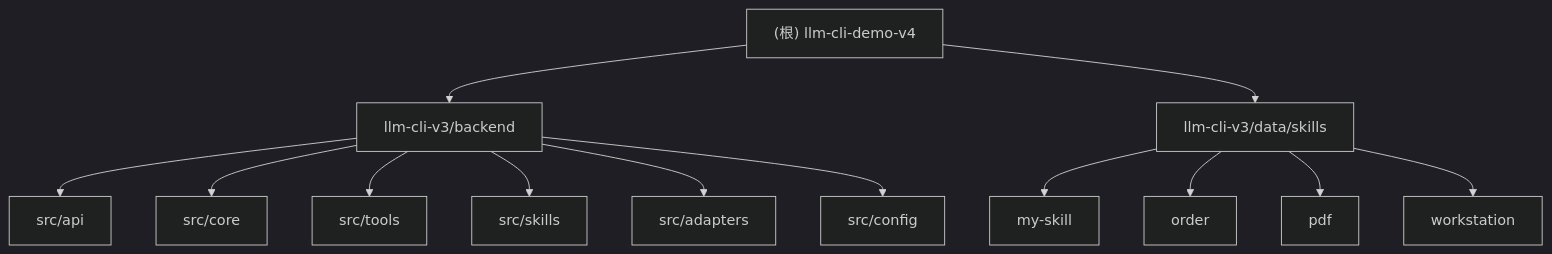
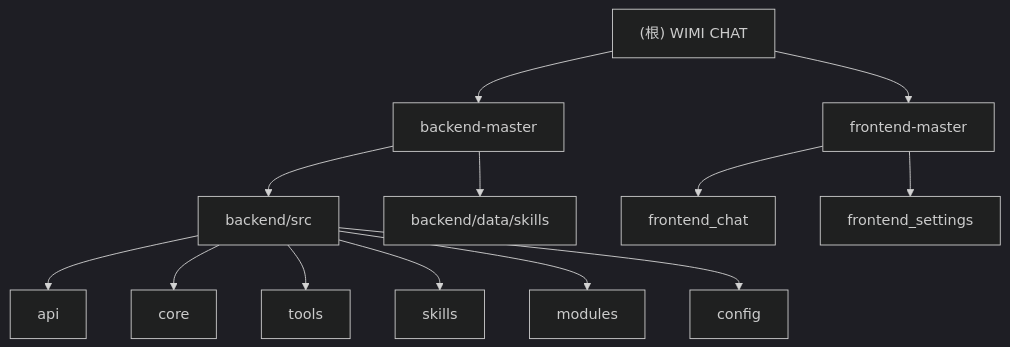
The diagram in CLAUDE.md (jobmailliang-dev/wmai-chat-root), drawn with Mermaid (dark theme) before and after one commit. The commit also changed other lines of this file and 4 other files, not shown here.

````diff
--- a/CLAUDE.md
+++ b/CLAUDE.md
@@ -9,18 +9,18 @@
 ```mermaid
 graph TD
-    A["(根) llm-cli-demo-v4"] --> B["llm-cli-v3/backend"];
-    A --> C["llm-cli-v3/data/skills"];
-    B --> B1["src/api"];
-    B --> B2["src/core"];
-    B --> B3["src/tools"];
-    B --> B4["src/skills"];
-    B --> B5["src/adapters"];
-    B --> B6["src/config"];
-    C --> C1["my-skill"];
-    C --> C2["order"];
-    C --> C3["pdf"];
-    C --> C4["workstation"];
+    A["(根) WIMI CHAT"] --> B["backend-master"];
+    A --> C["frontend-master"];
+    B --> B1["backend/src"];
+    B --> B2["backend/data/skills"];
+    C --> C1["frontend_chat"];
+    C --> C2["frontend_settings"];
+    B1 --> B11["api"];
+    B1 --> B12["core"];
+    B1 --> B13["tools"];
+    B1 --> B14["skills"];
+    B1 --> B15["modules"];
+    B1 --> B16["config"];
 
-    click B "./llm-cli-v3/backend/CLAUDE.md" "查看 backend 模块文档"
-    click C "./llm-cli-v3/data/skills/CLAUDE.md" "查看 skills 模块文档"
+    click B "./backend-master/CLAUDE.md" "查看后端模块文档"
+    click C "./frontend-master/frontend_chat/CLAUDE.md" "查看前端聊天模块文档"
 ```
````
